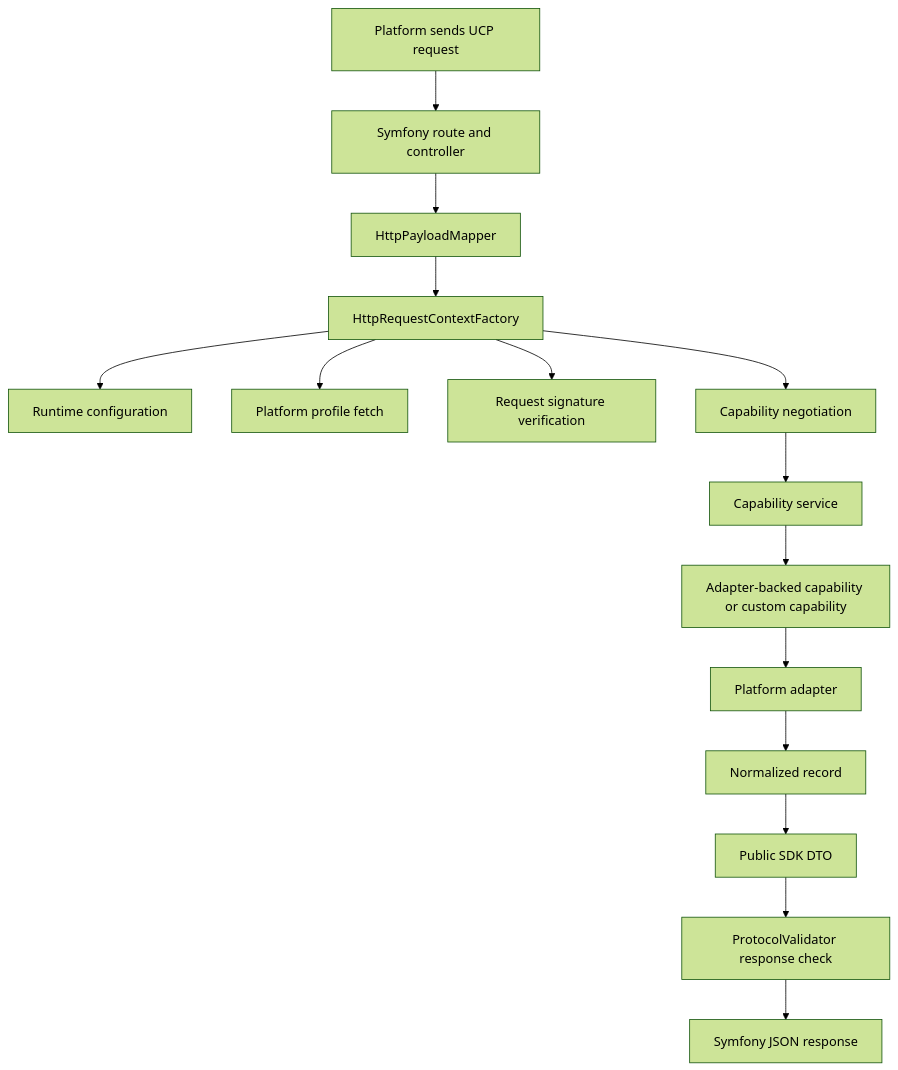
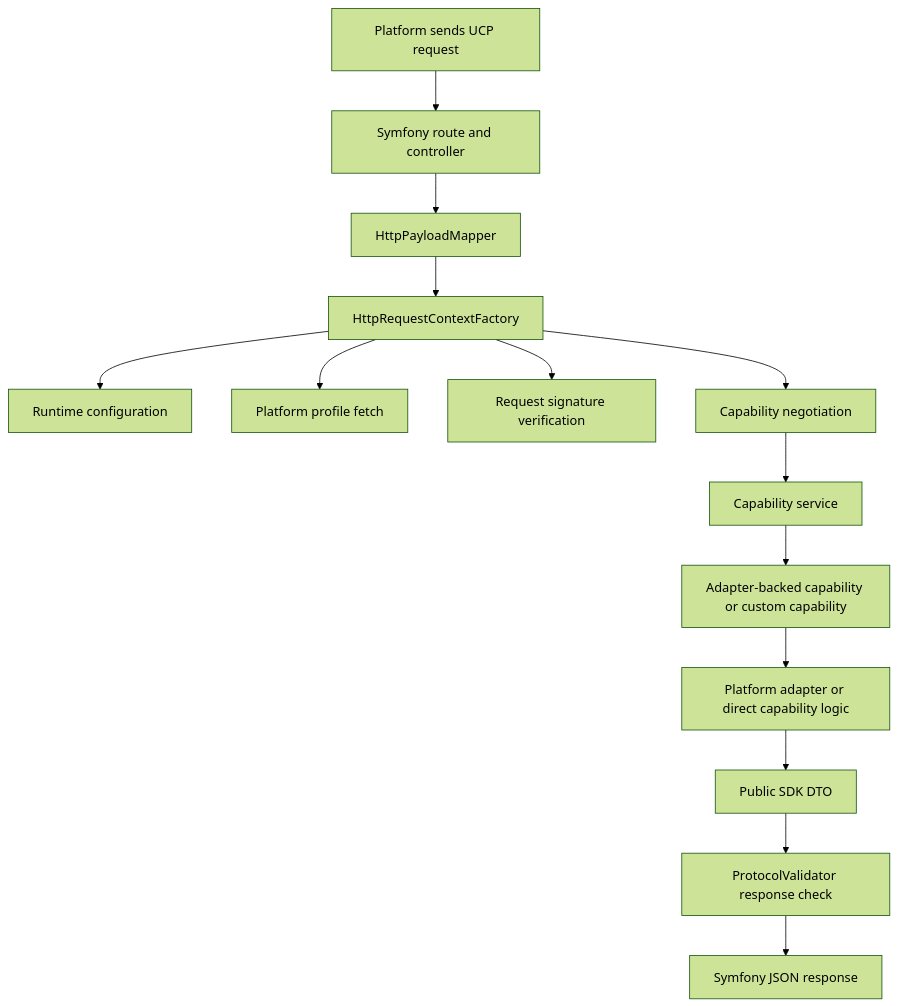
One commit to agentic-commerce-alliance/ucp-php-sdk changed the second of 5 diagrams in docs/concepts-and-flows.md. Above: the diagram before and after it, drawn with Mermaid (forest theme). The commit also changed other lines of this file and 68 other files, not shown here.

````diff
--- a/docs/concepts-and-flows.md
+++ b/docs/concepts-and-flows.md
@@ -23,17 +23,16 @@
 ```mermaid
 flowchart TD
     A["Platform sends UCP request"] --> B["Symfony route and controller"]
     B --> C["HttpPayloadMapper"]
     C --> D["HttpRequestContextFactory"]
     D --> E["Runtime configuration"]
     D --> F["Platform profile fetch"]
     D --> G["Request signature verification"]
     D --> H["Capability negotiation"]
     H --> I["Capability service"]
     I --> J["Adapter-backed capability or custom capability"]
-    J --> K["Platform adapter"]
-    K --> L["Normalized record"]
-    L --> M["Public SDK DTO"]
-    M --> N["ProtocolValidator response check"]
-    N --> O["Symfony JSON response"]
+    J --> K["Platform adapter or direct capability logic"]
+    K --> L["Public SDK DTO"]
+    L --> M["ProtocolValidator response check"]
+    M --> N["Symfony JSON response"]
 ```
````
